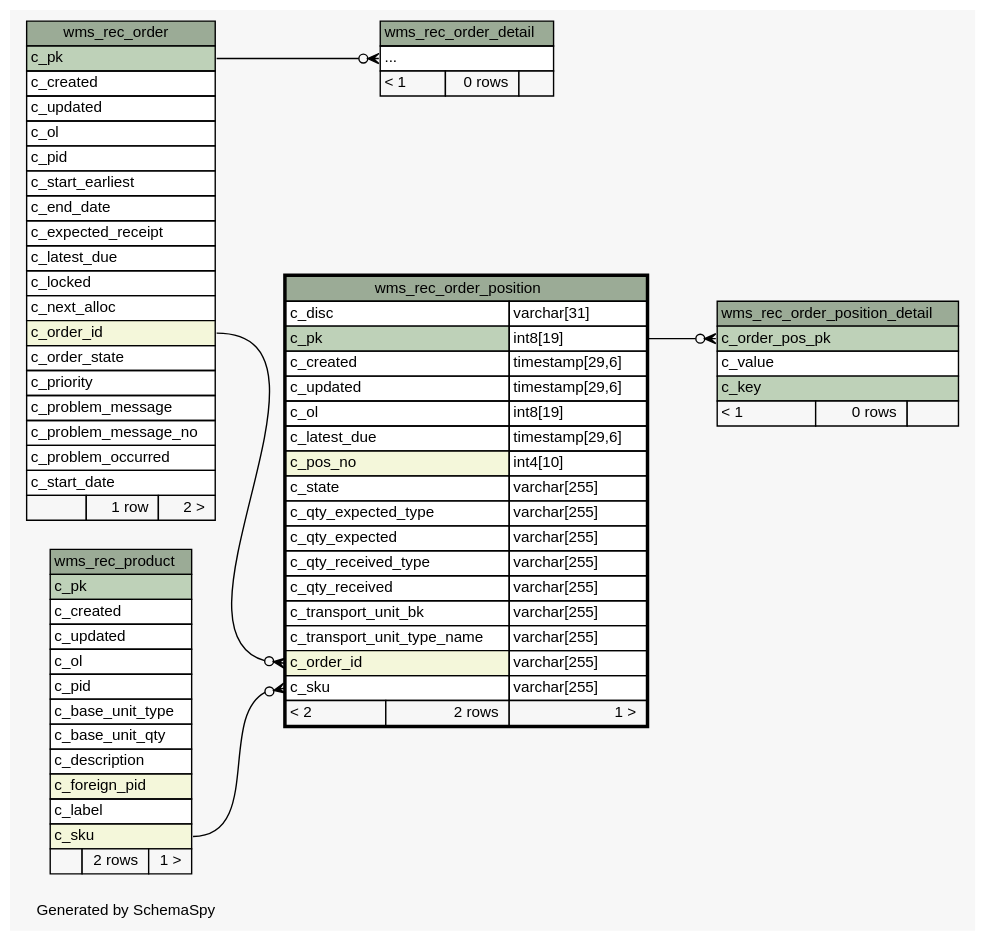
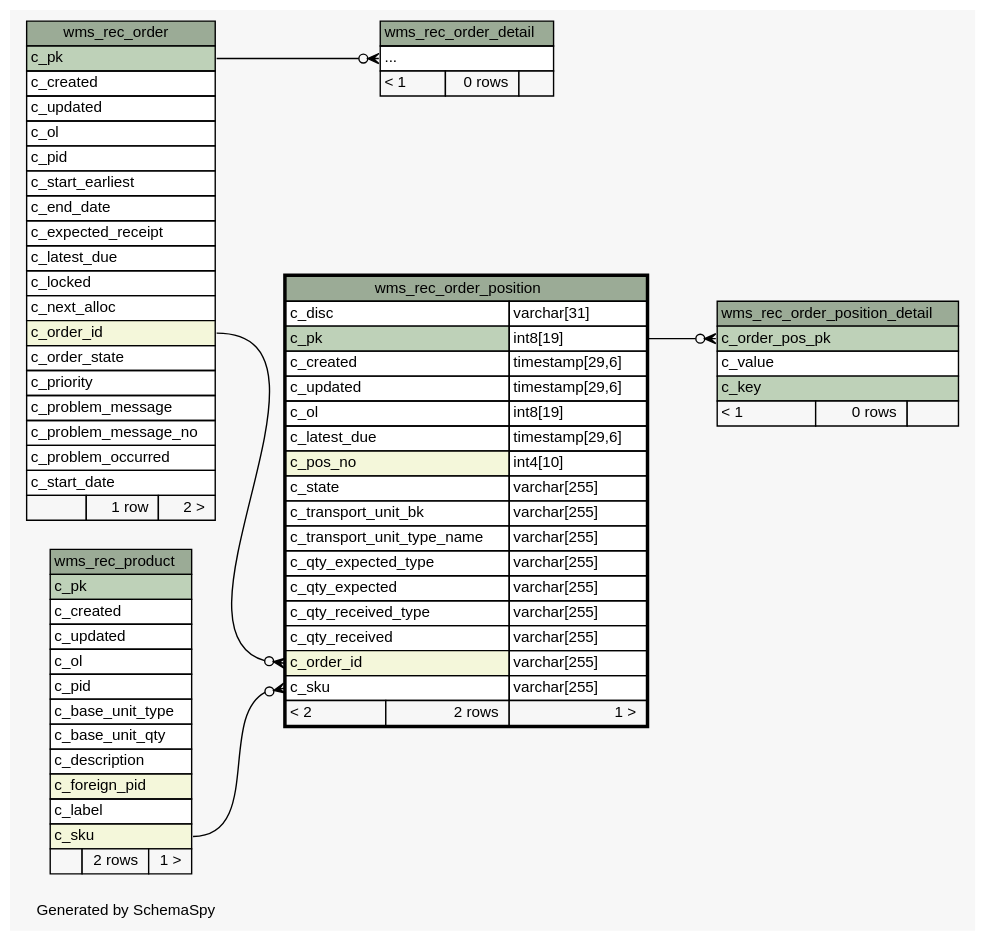
The diagram in 1.0.0-SNAPSHOT/schemaspy/diagrams/wms_rec_order_position.2degrees.dot (openwms/org.openwms.wms.receiving.lib), drawn with Graphviz before and after one commit. The commit also changed other lines of this file and 329 other files, not shown here.

```diff
--- a/1.0.0-SNAPSHOT/schemaspy/diagrams/wms_rec_order_position.2degrees.dot
+++ b/1.0.0-SNAPSHOT/schemaspy/diagrams/wms_rec_order_position.2degrees.dot
@@ -1,120 +1,120 @@
 // dot 2.43.0 on Linux 5.8.0-1041-azure
 // SchemaSpy rev Unknown
 digraph "twoDegreesRelationshipsDiagram" {
   graph [
     rankdir="RL"
     bgcolor="#f7f7f7"
     label="\nGenerated by SchemaSpy"
     labeljust="l"
     nodesep="0.18"
     ranksep="0.46"
     fontname="Helvetica"
     fontsize="11"
   ];
   node [
     fontname="Helvetica"
     fontsize="11"
     shape="plaintext"
   ];
   edge [
     arrowsize="0.8"
   ];
   "wms_rec_order_detail":"elipses":w -> "wms_rec_order":"c_pk":e [arrowhead=none dir=back arrowtail=crowodot];
   "wms_rec_order_position":"c_order_id":w -> "wms_rec_order":"c_order_id":e [arrowhead=none dir=back arrowtail=crowodot];
   "wms_rec_order_position":"c_sku":w -> "wms_rec_product":"c_sku":e [arrowhead=none dir=back arrowtail=crowodot];
   "wms_rec_order_position_detail":"c_order_pos_pk":w -> "wms_rec_order_position":"c_pk.type":e [arrowhead=none dir=back arrowtail=crowodot];
   "wms_rec_order" [
     label=<
     <TABLE BORDER="0" CELLBORDER="1" CELLSPACING="0" BGCOLOR="#ffffff">
       <TR><TD COLSPAN="3" BGCOLOR="#9bab96" ALIGN="CENTER">wms_rec_order</TD></TR>
       <TR><TD PORT="c_pk" COLSPAN="3" BGCOLOR="#bed1b8" ALIGN="LEFT">c_pk</TD></TR>
       <TR><TD PORT="c_created" COLSPAN="3" ALIGN="LEFT">c_created</TD></TR>
       <TR><TD PORT="c_updated" COLSPAN="3" ALIGN="LEFT">c_updated</TD></TR>
       <TR><TD PORT="c_ol" COLSPAN="3" ALIGN="LEFT">c_ol</TD></TR>
       <TR><TD PORT="c_pid" COLSPAN="3" ALIGN="LEFT">c_pid</TD></TR>
       <TR><TD PORT="c_start_earliest" COLSPAN="3" ALIGN="LEFT">c_start_earliest</TD></TR>
       <TR><TD PORT="c_end_date" COLSPAN="3" ALIGN="LEFT">c_end_date</TD></TR>
       <TR><TD PORT="c_expected_receipt" COLSPAN="3" ALIGN="LEFT">c_expected_receipt</TD></TR>
       <TR><TD PORT="c_latest_due" COLSPAN="3" ALIGN="LEFT">c_latest_due</TD></TR>
       <TR><TD PORT="c_locked" COLSPAN="3" ALIGN="LEFT">c_locked</TD></TR>
       <TR><TD PORT="c_next_alloc" COLSPAN="3" ALIGN="LEFT">c_next_alloc</TD></TR>
       <TR><TD PORT="c_order_id" COLSPAN="3" BGCOLOR="#f4f7da" ALIGN="LEFT">c_order_id</TD></TR>
       <TR><TD PORT="c_order_state" COLSPAN="3" ALIGN="LEFT">c_order_state</TD></TR>
       <TR><TD PORT="c_priority" COLSPAN="3" ALIGN="LEFT">c_priority</TD></TR>
       <TR><TD PORT="c_problem_message" COLSPAN="3" ALIGN="LEFT">c_problem_message</TD></TR>
       <TR><TD PORT="c_problem_message_no" COLSPAN="3" ALIGN="LEFT">c_problem_message_no</TD></TR>
       <TR><TD PORT="c_problem_occurred" COLSPAN="3" ALIGN="LEFT">c_problem_occurred</TD></TR>
       <TR><TD PORT="c_start_date" COLSPAN="3" ALIGN="LEFT">c_start_date</TD></TR>
       <TR><TD ALIGN="LEFT" BGCOLOR="#f7f7f7">  </TD><TD ALIGN="RIGHT" BGCOLOR="#f7f7f7">1 row</TD><TD ALIGN="RIGHT" BGCOLOR="#f7f7f7">2 &gt;</TD></TR>
     </TABLE>>
     URL="wms_rec_order.html"
     tooltip="wms_rec_order"
   ];
   "wms_rec_order_detail" [
     label=<
     <TABLE BORDER="0" CELLBORDER="1" CELLSPACING="0" BGCOLOR="#ffffff">
       <TR><TD COLSPAN="3" BGCOLOR="#9bab96" ALIGN="CENTER">wms_rec_order_detail</TD></TR>
       <TR><TD PORT="elipses" COLSPAN="3" ALIGN="LEFT">...</TD></TR>
       <TR><TD ALIGN="LEFT" BGCOLOR="#f7f7f7">&lt; 1</TD><TD ALIGN="RIGHT" BGCOLOR="#f7f7f7">0 rows</TD><TD ALIGN="RIGHT" BGCOLOR="#f7f7f7">  </TD></TR>
     </TABLE>>
     URL="wms_rec_order_detail.html"
     tooltip="wms_rec_order_detail"
   ];
   "wms_rec_order_position" [
     label=<
     <TABLE BORDER="2" CELLBORDER="1" CELLSPACING="0" BGCOLOR="#ffffff">
       <TR><TD COLSPAN="3" BGCOLOR="#9bab96" ALIGN="CENTER">wms_rec_order_position</TD></TR>
       <TR><TD PORT="c_disc" COLSPAN="2" ALIGN="LEFT">c_disc</TD><TD PORT="c_disc.type" ALIGN="LEFT">varchar[31]</TD></TR>
       <TR><TD PORT="c_pk" COLSPAN="2" BGCOLOR="#bed1b8" ALIGN="LEFT">c_pk</TD><TD PORT="c_pk.type" ALIGN="LEFT">int8[19]</TD></TR>
       <TR><TD PORT="c_created" COLSPAN="2" ALIGN="LEFT">c_created</TD><TD PORT="c_created.type" ALIGN="LEFT">timestamp[29,6]</TD></TR>
       <TR><TD PORT="c_updated" COLSPAN="2" ALIGN="LEFT">c_updated</TD><TD PORT="c_updated.type" ALIGN="LEFT">timestamp[29,6]</TD></TR>
       <TR><TD PORT="c_ol" COLSPAN="2" ALIGN="LEFT">c_ol</TD><TD PORT="c_ol.type" ALIGN="LEFT">int8[19]</TD></TR>
       <TR><TD PORT="c_latest_due" COLSPAN="2" ALIGN="LEFT">c_latest_due</TD><TD PORT="c_latest_due.type" ALIGN="LEFT">timestamp[29,6]</TD></TR>
       <TR><TD PORT="c_pos_no" COLSPAN="2" BGCOLOR="#f4f7da" ALIGN="LEFT">c_pos_no</TD><TD PORT="c_pos_no.type" ALIGN="LEFT">int4[10]</TD></TR>
       <TR><TD PORT="c_state" COLSPAN="2" ALIGN="LEFT">c_state</TD><TD PORT="c_state.type" ALIGN="LEFT">varchar[255]</TD></TR>
+      <TR><TD PORT="c_transport_unit_bk" COLSPAN="2" ALIGN="LEFT">c_transport_unit_bk</TD><TD PORT="c_transport_unit_bk.type" ALIGN="LEFT">varchar[255]</TD></TR>
+      <TR><TD PORT="c_transport_unit_type_name" COLSPAN="2" ALIGN="LEFT">c_transport_unit_type_name</TD><TD PORT="c_transport_unit_type_name.type" ALIGN="LEFT">varchar[255]</TD></TR>
       <TR><TD PORT="c_qty_expected_type" COLSPAN="2" ALIGN="LEFT">c_qty_expected_type</TD><TD PORT="c_qty_expected_type.type" ALIGN="LEFT">varchar[255]</TD></TR>
       <TR><TD PORT="c_qty_expected" COLSPAN="2" ALIGN="LEFT">c_qty_expected</TD><TD PORT="c_qty_expected.type" ALIGN="LEFT">varchar[255]</TD></TR>
       <TR><TD PORT="c_qty_received_type" COLSPAN="2" ALIGN="LEFT">c_qty_received_type</TD><TD PORT="c_qty_received_type.type" ALIGN="LEFT">varchar[255]</TD></TR>
       <TR><TD PORT="c_qty_received" COLSPAN="2" ALIGN="LEFT">c_qty_received</TD><TD PORT="c_qty_received.type" ALIGN="LEFT">varchar[255]</TD></TR>
-      <TR><TD PORT="c_transport_unit_bk" COLSPAN="2" ALIGN="LEFT">c_transport_unit_bk</TD><TD PORT="c_transport_unit_bk.type" ALIGN="LEFT">varchar[255]</TD></TR>
-      <TR><TD PORT="c_transport_unit_type_name" COLSPAN="2" ALIGN="LEFT">c_transport_unit_type_name</TD><TD PORT="c_transport_unit_type_name.type" ALIGN="LEFT">varchar[255]</TD></TR>
       <TR><TD PORT="c_order_id" COLSPAN="2" BGCOLOR="#f4f7da" ALIGN="LEFT">c_order_id</TD><TD PORT="c_order_id.type" ALIGN="LEFT">varchar[255]</TD></TR>
       <TR><TD PORT="c_sku" COLSPAN="2" ALIGN="LEFT">c_sku</TD><TD PORT="c_sku.type" ALIGN="LEFT">varchar[255]</TD></TR>
       <TR><TD ALIGN="LEFT" BGCOLOR="#f7f7f7">&lt; 2</TD><TD ALIGN="RIGHT" BGCOLOR="#f7f7f7">2 rows</TD><TD ALIGN="RIGHT" BGCOLOR="#f7f7f7">1 &gt;</TD></TR>
     </TABLE>>
     URL="wms_rec_order_position.html"
     tooltip="wms_rec_order_position"
   ];
   "wms_rec_order_position_detail" [
     label=<
     <TABLE BORDER="0" CELLBORDER="1" CELLSPACING="0" BGCOLOR="#ffffff">
       <TR><TD COLSPAN="3" BGCOLOR="#9bab96" ALIGN="CENTER">wms_rec_order_position_detail</TD></TR>
       <TR><TD PORT="c_order_pos_pk" COLSPAN="3" BGCOLOR="#bed1b8" ALIGN="LEFT">c_order_pos_pk</TD></TR>
       <TR><TD PORT="c_value" COLSPAN="3" ALIGN="LEFT">c_value</TD></TR>
       <TR><TD PORT="c_key" COLSPAN="3" BGCOLOR="#bed1b8" ALIGN="LEFT">c_key</TD></TR>
       <TR><TD ALIGN="LEFT" BGCOLOR="#f7f7f7">&lt; 1</TD><TD ALIGN="RIGHT" BGCOLOR="#f7f7f7">0 rows</TD><TD ALIGN="RIGHT" BGCOLOR="#f7f7f7">  </TD></TR>
     </TABLE>>
     URL="wms_rec_order_position_detail.html"
     tooltip="wms_rec_order_position_detail"
   ];
   "wms_rec_product" [
     label=<
     <TABLE BORDER="0" CELLBORDER="1" CELLSPACING="0" BGCOLOR="#ffffff">
       <TR><TD COLSPAN="3" BGCOLOR="#9bab96" ALIGN="CENTER">wms_rec_product</TD></TR>
       <TR><TD PORT="c_pk" COLSPAN="3" BGCOLOR="#bed1b8" ALIGN="LEFT">c_pk</TD></TR>
       <TR><TD PORT="c_created" COLSPAN="3" ALIGN="LEFT">c_created</TD></TR>
       <TR><TD PORT="c_updated" COLSPAN="3" ALIGN="LEFT">c_updated</TD></TR>
       <TR><TD PORT="c_ol" COLSPAN="3" ALIGN="LEFT">c_ol</TD></TR>
       <TR><TD PORT="c_pid" COLSPAN="3" ALIGN="LEFT">c_pid</TD></TR>
       <TR><TD PORT="c_base_unit_type" COLSPAN="3" ALIGN="LEFT">c_base_unit_type</TD></TR>
       <TR><TD PORT="c_base_unit_qty" COLSPAN="3" ALIGN="LEFT">c_base_unit_qty</TD></TR>
       <TR><TD PORT="c_description" COLSPAN="3" ALIGN="LEFT">c_description</TD></TR>
       <TR><TD PORT="c_foreign_pid" COLSPAN="3" BGCOLOR="#f4f7da" ALIGN="LEFT">c_foreign_pid</TD></TR>
       <TR><TD PORT="c_label" COLSPAN="3" ALIGN="LEFT">c_label</TD></TR>
       <TR><TD PORT="c_sku" COLSPAN="3" BGCOLOR="#f4f7da" ALIGN="LEFT">c_sku</TD></TR>
       <TR><TD ALIGN="LEFT" BGCOLOR="#f7f7f7">  </TD><TD ALIGN="RIGHT" BGCOLOR="#f7f7f7">2 rows</TD><TD ALIGN="RIGHT" BGCOLOR="#f7f7f7">1 &gt;</TD></TR>
     </TABLE>>
     URL="wms_rec_product.html"
     tooltip="wms_rec_product"
   ];
 }
```
